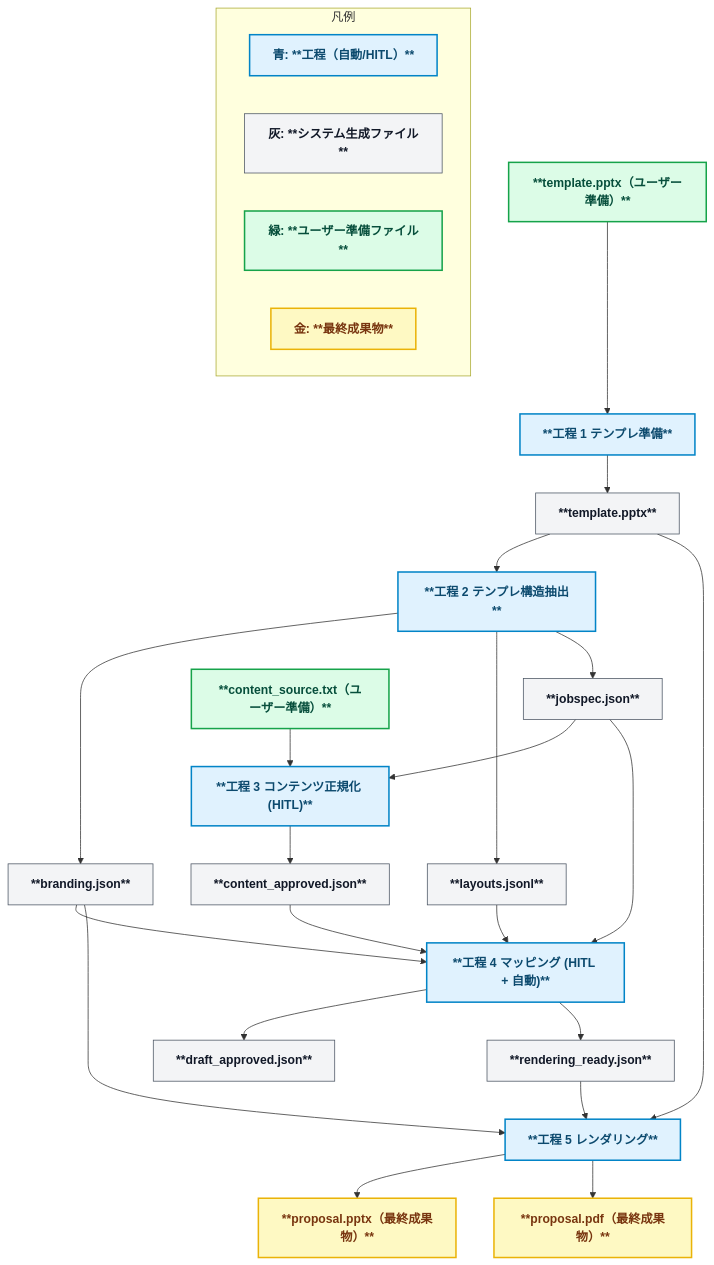
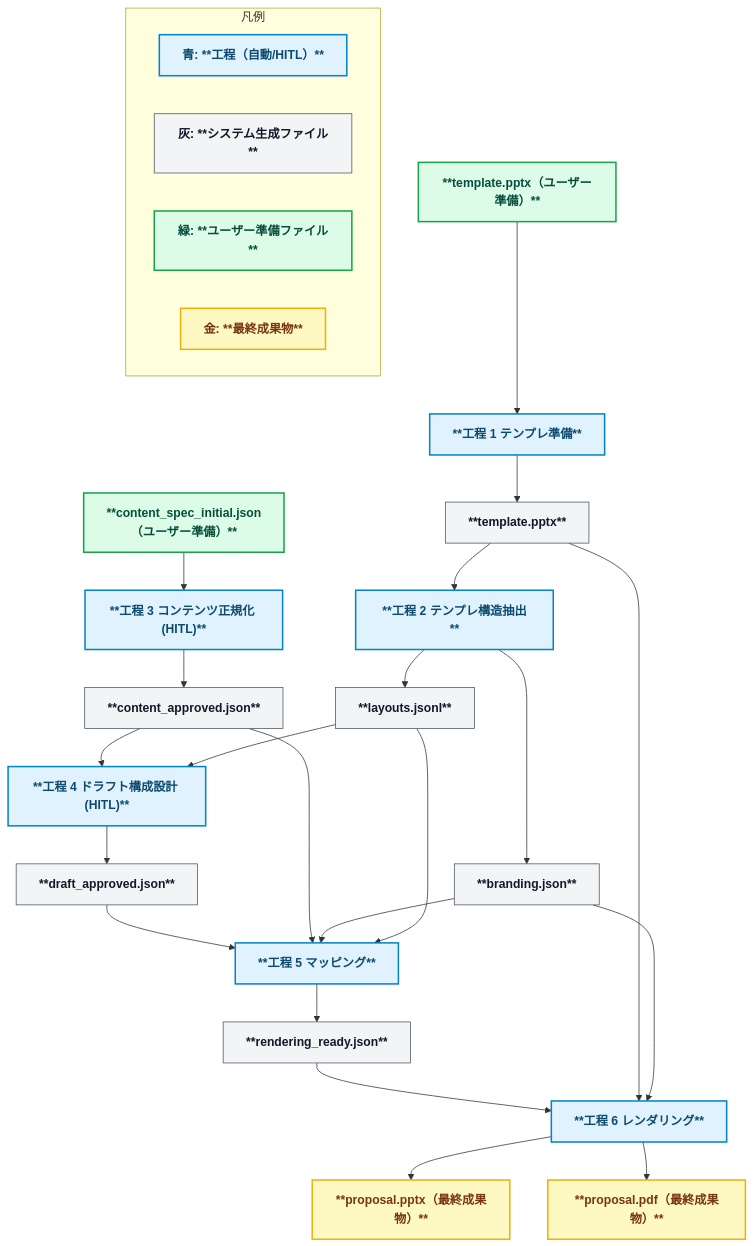
The diagram in README.md (yurake/pptx_generator), drawn with Mermaid before and after one commit. The commit also changed other lines of this file and 62 other files, not shown here.

````diff
--- a/README.md
+++ b/README.md
@@ -29,47 +30,49 @@
 ```mermaid
 flowchart TD
   %% ======= Styles =======
   classDef stage fill:#e0f2fe,stroke:#0284c7,stroke-width:2px,color:#0c4a6e,font-weight:bold;
   classDef file fill:#f3f4f6,stroke:#4b5563,stroke-width:1px,color:#111827,font-weight:bold;
   classDef userfile fill:#dcfce7,stroke:#16a34a,stroke-width:2px,color:#064e3b,font-weight:bold;
   classDef final fill:#fef9c3,stroke:#eab308,stroke-width:2px,color:#78350f,font-weight:bold;
 
   %% ======= Stage 1 =======
   Tmpl["**template.pptx（ユーザー準備）**"]:::userfile --> S1["**工程 1 テンプレ準備**"]:::stage
   S1 --> Tmpl_out["**template.pptx**"]:::file
 
   %% ======= Stage 2 =======
   Tmpl_out --> S2["**工程 2 テンプレ構造抽出**"]:::stage
   S2 --> Brand["**branding.json**"]:::file
   S2 --> Layouts["**layouts.jsonl**"]:::file
-  S2 --> Jobspec["**jobspec.json**"]:::file
 
   %% ======= Stage 3 =======
-  ContentSrc["**content_source.txt（ユーザー準備）**"]:::userfile --> S3["**工程 3 コンテンツ正規化 (HITL)**"]:::stage
-  Jobspec --> S3
+  Spec["**content_spec_initial.json（ユーザー準備）**"]:::userfile --> S3["**工程 3 コンテンツ正規化 (HITL)**"]:::stage
   S3 --> Content["**content_approved.json**"]:::file
 
   %% ======= Stage 4 =======
-  Content --> S4["**工程 4 マッピング (HITL + 自動)**"]:::stage
+  Content --> S4["**工程 4 ドラフト構成設計 (HITL)**"]:::stage
   Layouts --> S4
-  Brand --> S4
-  Jobspec --> S4
   S4 --> Draft["**draft_approved.json**"]:::file
-  S4 --> Ready["**rendering_ready.json**"]:::file
 
   %% ======= Stage 5 =======
-  Ready --> S5["**工程 5 レンダリング**"]:::stage
-  Tmpl_out --> S5
+  Draft --> S5["**工程 5 マッピング**"]:::stage
+  Content --> S5
   Brand --> S5
-  S5 --> PPTX["**proposal.pptx（最終成果物）**"]:::final
-  S5 --> PDF["**proposal.pdf（最終成果物）**"]:::final
+  Layouts --> S5
+  S5 --> Ready["**rendering_ready.json**"]:::file
+
+  %% ======= Stage 6 =======
+  Ready --> S6["**工程 6 レンダリング**"]:::stage
+  Tmpl_out --> S6
+  Brand --> S6
+  S6 --> PPTX["**proposal.pptx（最終成果物）**"]:::final
+  S6 --> PDF["**proposal.pdf（最終成果物）**"]:::final
 
   %% ======= Legend =======
   subgraph Legend[凡例]
     direction LR
     A1["青: **工程（自動/HITL）**"]:::stage
     A2["灰: **システム生成ファイル**"]:::file
     A3["緑: **ユーザー準備ファイル**"]:::userfile
     A4["金: **最終成果物**"]:::final
   end
 ```
````
